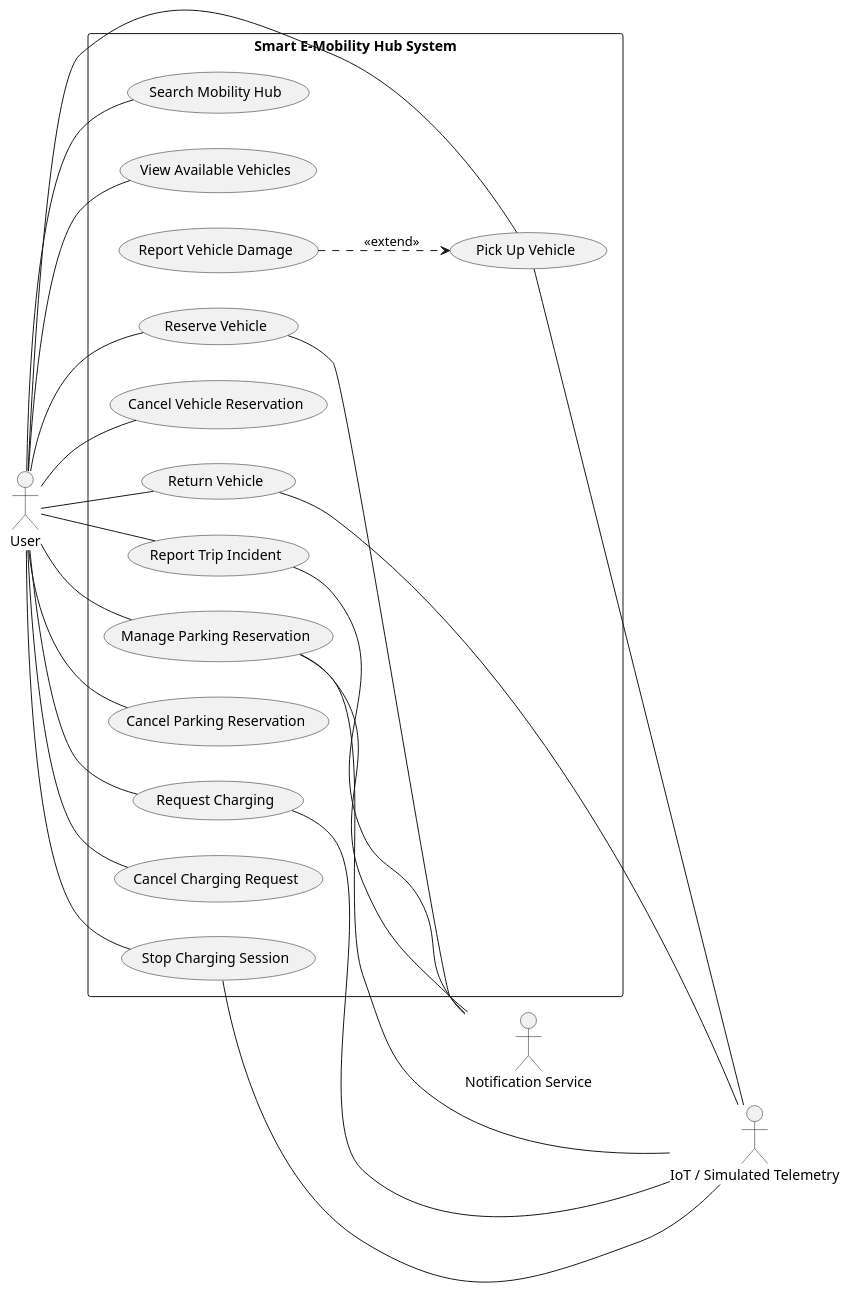
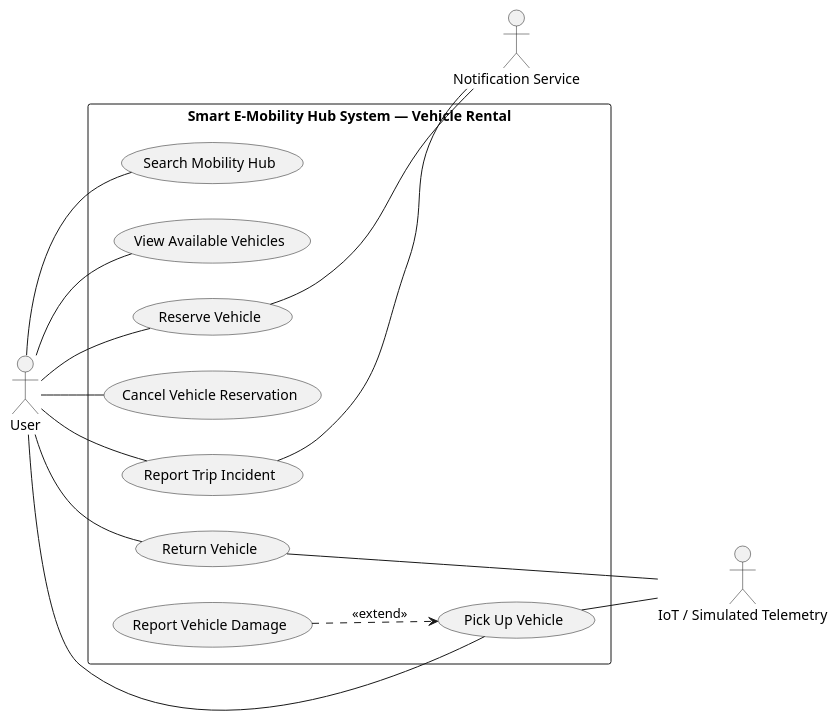
Before and after one commit to YdtTran/software-engineerning: the third of 14 diagrams in docs/diagrams/01_Usecase_Diagram/README.md, drawn with PlantUML. The commit also changed other lines of this file and 72 other files, not shown here.

Commit message:
docs: publish updated Draw.io workflow and overview diagrams

````diff
--- a/docs/diagrams/01_Usecase_Diagram/README.md
+++ b/docs/diagrams/01_Usecase_Diagram/README.md
@@ -43,44 +190,30 @@
 ```plantuml
 @startuml
 left to right direction
 actor "User" as actor_user
 actor "IoT / Simulated Telemetry" as actor_telemetry
 actor "Notification Service" as actor_notification
-rectangle "Smart E-Mobility Hub System" {
-usecase "Search Mobility Hub" as uc_UC01
-usecase "View Available Vehicles" as uc_UC02
-usecase "Reserve Vehicle" as uc_UC03
-usecase "Cancel Vehicle Reservation" as uc_UC03_uc_cancel
-usecase "Pick Up Vehicle" as uc_UC04
-usecase "Report Vehicle Damage" as uc_UC04_uc_ext
-usecase "Return Vehicle" as uc_UC05
-usecase "Report Trip Incident" as uc_UC11A
-usecase "Manage Parking Reservation" as uc_UC06
-usecase "Cancel Parking Reservation" as uc_UC06_uc_cancel
-usecase "Request Charging" as uc_UC07
-usecase "Cancel Charging Request" as uc_UC07_uc_cancel
-usecase "Stop Charging Session" as uc_UC07A
+rectangle "Smart E-Mobility Hub System — Vehicle Rental" {
+  usecase "Search Mobility Hub" as uc_UC01
+  usecase "View Available Vehicles" as uc_UC02
+  usecase "Reserve Vehicle" as uc_UC03
+  usecase "Cancel Vehicle Reservation" as uc_UC03_uc_cancel
+  usecase "Report Vehicle Damage" as uc_UC04_uc_ext
+  usecase "Pick Up Vehicle" as uc_UC04
+  usecase "Report Trip Incident" as uc_UC11A
+  usecase "Return Vehicle" as uc_UC05
 }
 actor_user -- uc_UC01
 actor_user -- uc_UC02
 actor_user -- uc_UC03
 actor_user -- uc_UC03_uc_cancel
 actor_user -- uc_UC04
 uc_UC04_uc_ext ..> uc_UC04 : <<extend>>
 actor_user -- uc_UC05
 actor_user -- uc_UC11A
-actor_user -- uc_UC06
-actor_user -- uc_UC06_uc_cancel
-actor_user -- uc_UC07
-actor_user -- uc_UC07_uc_cancel
-actor_user -- uc_UC07A
 uc_UC04 -- actor_telemetry
 uc_UC05 -- actor_telemetry
-uc_UC07 -- actor_telemetry
-uc_UC07A -- actor_telemetry
 uc_UC03 -- actor_notification
 uc_UC11A -- actor_notification
-uc_UC06 -- actor_telemetry
-uc_UC06 -- actor_notification
 @enduml
 ```
````
